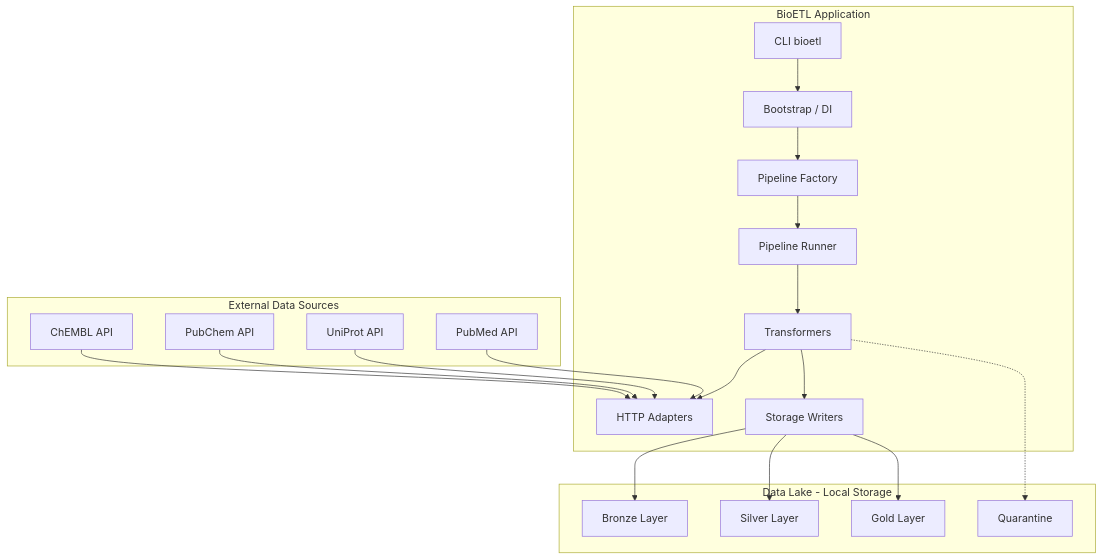
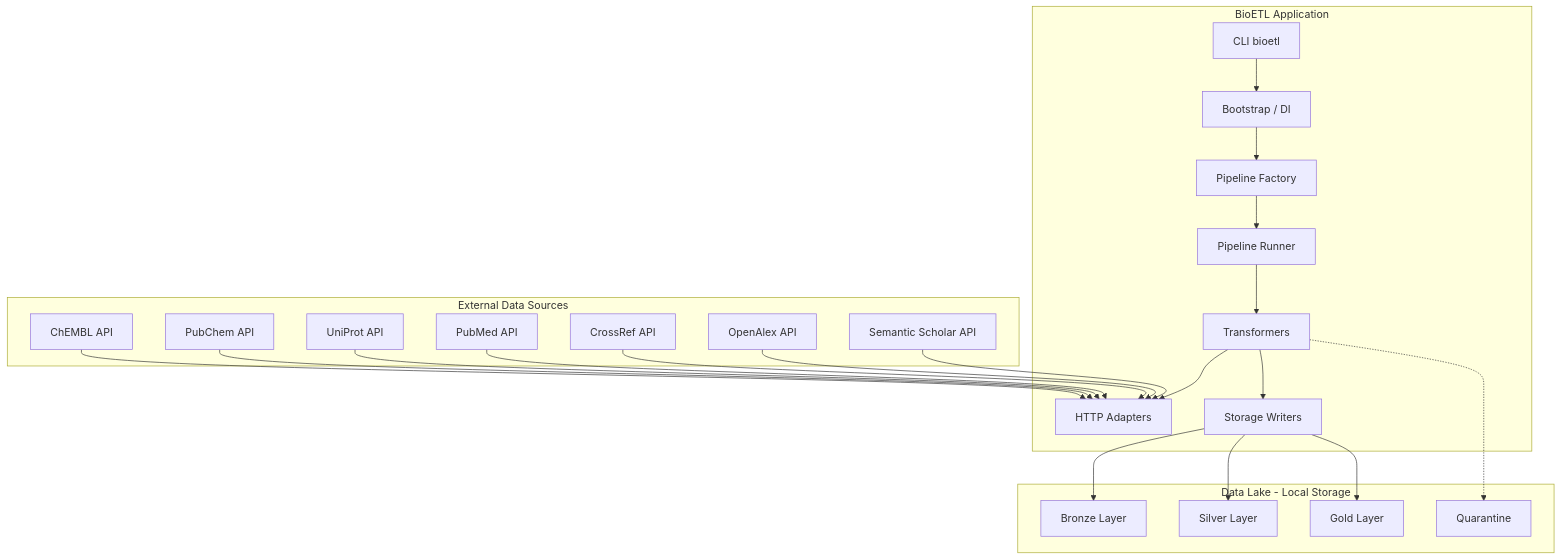
One commit to SatoryKono/BioactivityDataAcquisition changed the diagram in docs/02-architecture/diagrams/01-high-level.mermaid. Above: the diagram before and after it, drawn with Mermaid. The commit also changed 23 other files, not shown here.

```diff
--- a/docs/02-architecture/diagrams/01-high-level.mermaid
+++ b/docs/02-architecture/diagrams/01-high-level.mermaid
@@ -1,39 +1,45 @@
 flowchart TD
     subgraph Sources["External Data Sources"]
         A1[ChEMBL API]
         A2[PubChem API]
         A3[UniProt API]
         A4[PubMed API]
+        A5[CrossRef API]
+        A6[OpenAlex API]
+        A7[Semantic Scholar API]
     end
 
     subgraph App["BioETL Application"]
         CLI[CLI bioetl]
         Boot[Bootstrap / DI]
         Factory[Pipeline Factory]
         Runner[Pipeline Runner]
         Trans[Transformers]
         Adapters[HTTP Adapters]
         Storage[Storage Writers]
     end
 
     subgraph Lake["Data Lake - Local Storage"]
         Bronze[Bronze Layer]
         Silver[Silver Layer]
         Gold[Gold Layer]
         Quarantine[Quarantine]
     end
 
     A1 --> Adapters
     A2 --> Adapters
     A3 --> Adapters
     A4 --> Adapters
+    A5 --> Adapters
+    A6 --> Adapters
+    A7 --> Adapters
     CLI --> Boot
     Boot --> Factory
     Factory --> Runner
     Runner --> Trans
     Trans --> Adapters
     Trans --> Storage
     Storage --> Bronze
     Storage --> Silver
     Storage --> Gold
     Trans -.-> Quarantine
```
